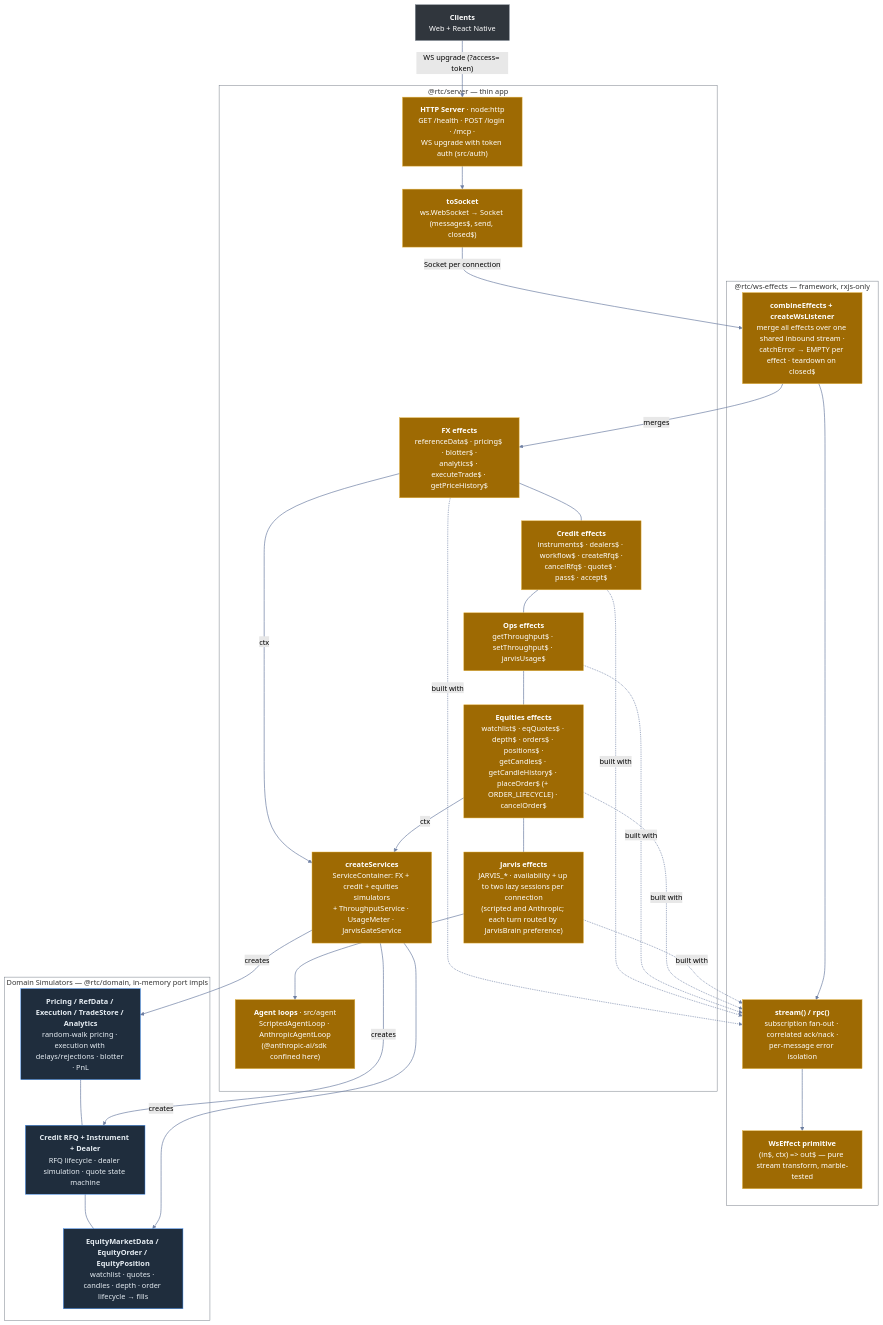
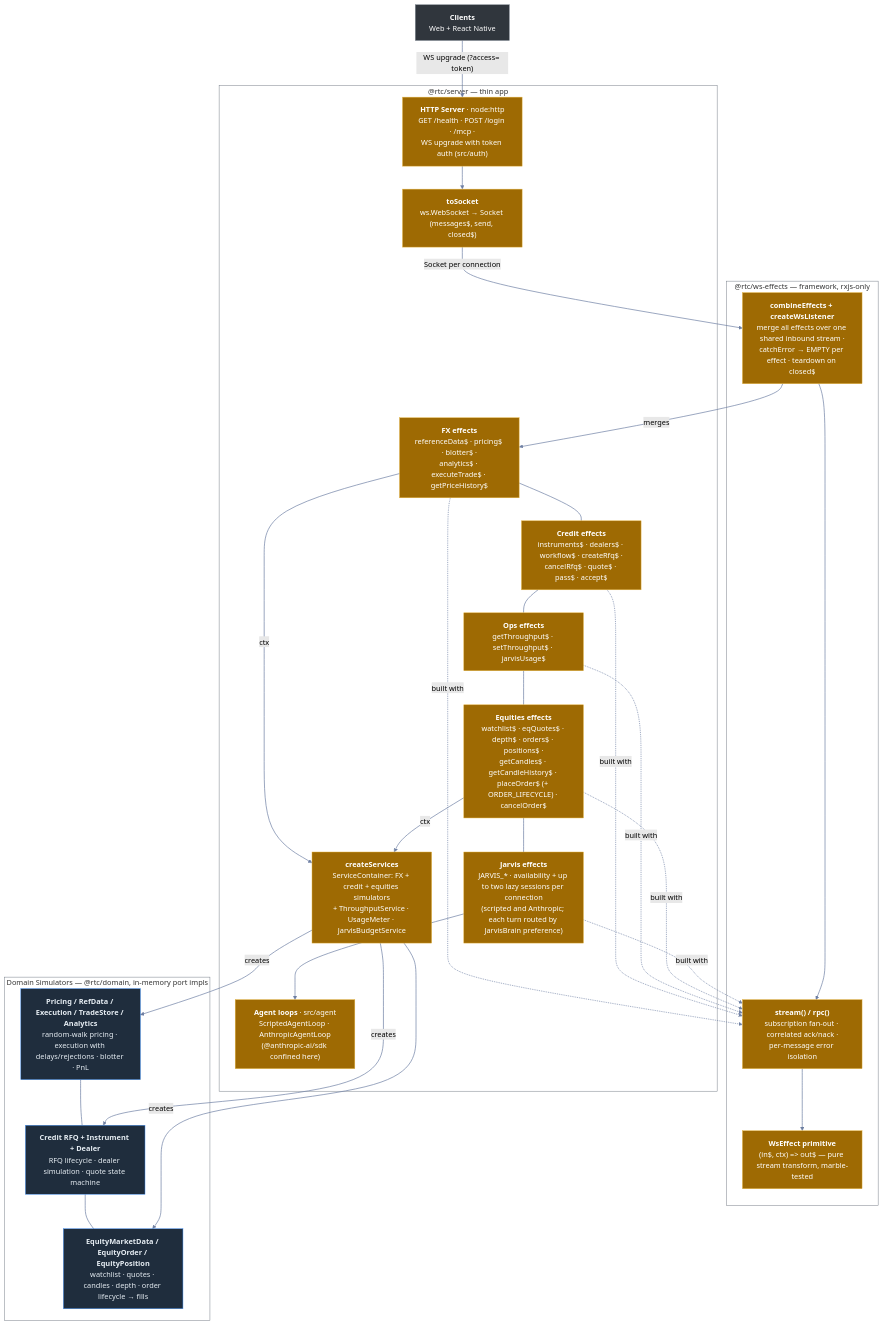
The seventh of 7 diagrams in docs/architecture/02-c4-model.md (bettersoftware-io/ReactiveTraderCloudClone), drawn with Mermaid (forest theme) before and after one commit. The commit also changed 14 other files, not shown here.

First line of the commit message:
feat(server): B3a wire the daily budget; docs and STATUS

````diff
--- a/docs/architecture/02-c4-model.md
+++ b/docs/architecture/02-c4-model.md
@@ -407,51 +407,51 @@
 ```mermaid
 flowchart TB
     client["<b>Clients</b><br/>Web + React Native"]:::actor
 
     subgraph srv["@rtc/server — thin app"]
         http["<b>HTTP Server</b> · node:http<br/>GET /health · POST /login · /mcp ·<br/>WS upgrade with token auth (src/auth)"]:::server
         toSocket["<b>toSocket</b><br/>ws.WebSocket → Socket (messages$, send, closed$)"]:::server
         fxFx["<b>FX effects</b><br/>referenceData$ · pricing$ · blotter$ ·<br/>analytics$ · executeTrade$ · getPriceHistory$"]:::server
         fxCredit["<b>Credit effects</b><br/>instruments$ · dealers$ · workflow$ · createRfq$ ·<br/>cancelRfq$ · quote$ · pass$ · accept$"]:::server
         fxOps["<b>Ops effects</b><br/>getThroughput$ · setThroughput$ · jarvisUsage$"]:::server
         fxEq["<b>Equities effects</b><br/>watchlist$ · eqQuotes$ · depth$ · orders$ · positions$ ·<br/>getCandles$ · getCandleHistory$ · placeOrder$ (+ ORDER_LIFECYCLE) · cancelOrder$"]:::server
         fxJarvis["<b>Jarvis effects</b><br/>JARVIS_* · availability + up to two lazy sessions per connection<br/>(scripted and Anthropic; each turn routed by JarvisBrain preference)"]:::server
         agent["<b>Agent loops</b> · src/agent<br/>ScriptedAgentLoop · AnthropicAgentLoop<br/>(@anthropic-ai/sdk confined here)"]:::server
-        svcContainer["<b>createServices</b><br/>ServiceContainer: FX + credit + equities simulators<br/>+ ThroughputService · UsageMeter · JarvisGateService"]:::server
+        svcContainer["<b>createServices</b><br/>ServiceContainer: FX + credit + equities simulators<br/>+ ThroughputService · UsageMeter · JarvisBudgetService"]:::server
         http --> toSocket
         fxFx ~~~ fxCredit ~~~ fxOps ~~~ fxEq
         fxEq ~~~ fxJarvis
         fxJarvis --> agent
     end
 
     subgraph fw["@rtc/ws-effects — framework, rxjs-only"]
         combine["<b>combineEffects + createWsListener</b><br/>merge all effects over one shared inbound stream ·<br/>catchError → EMPTY per effect · teardown on closed$"]:::server
         sugar["<b>stream() / rpc()</b><br/>subscription fan-out · correlated ack/nack ·<br/>per-message error isolation"]:::server
         effectType["<b>WsEffect primitive</b><br/>(in$, ctx) => out$ — pure stream transform, marble-tested"]:::server
         combine --> sugar --> effectType
     end
 
     subgraph simulators["Domain Simulators — @rtc/domain, in-memory port impls"]
         pricingSim["<b>Pricing / RefData / Execution / TradeStore / Analytics</b><br/>random-walk pricing · execution with delays/rejections · blotter · PnL"]:::domain
         rfqSim["<b>Credit RFQ + Instrument + Dealer</b><br/>RFQ lifecycle · dealer simulation · quote state machine"]:::domain
         eqSim["<b>EquityMarketData / EquityOrder / EquityPosition</b><br/>watchlist · quotes · candles · depth · order lifecycle → fills"]:::domain
         pricingSim ~~~ rfqSim ~~~ eqSim
     end
 
     client -->|"WS upgrade (?access= token)"| http
     toSocket -->|"Socket per connection"| combine
     combine -->|"merges"| fxFx
     fxFx & fxCredit & fxOps & fxEq & fxJarvis -.->|"built with"| sugar
     fxFx & fxEq -->|"ctx"| svcContainer
     svcContainer -->|"creates"| pricingSim
     svcContainer -->|"creates"| rfqSim
     svcContainer -->|"creates"| eqSim
 
     classDef actor  fill:#30363d,stroke:#8b949e,color:#ffffff
     classDef server fill:#9e6a03,stroke:#e3b341,color:#ffffff
     classDef domain fill:#1f2d3d,stroke:#4493f8,color:#e6edf3
     style srv fill:transparent,stroke:#6e7681
     style fw fill:transparent,stroke:#6e7681
     style simulators fill:transparent,stroke:#6e7681
     linkStyle default stroke:#6e7fa3,stroke-width:1.5px
 ```
````
